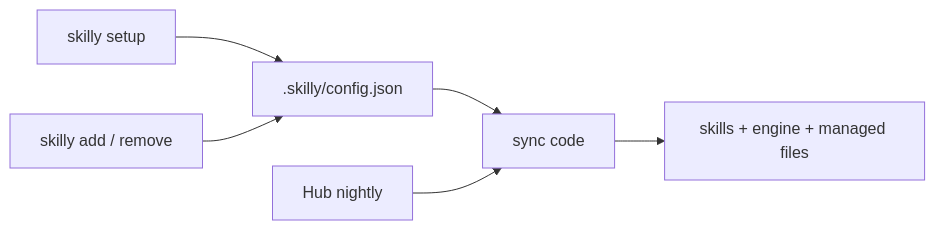
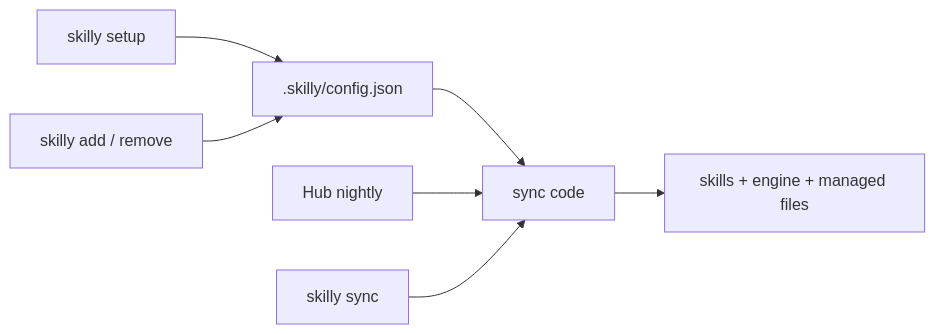
Before and after one commit to timschoch/skilly: the fourth of 5 diagrams in docs/adr/0008-hub-run-sync-and-pinned-engine.md, drawn with Mermaid. The commit also changed 4 other files, not shown here.

Commit message:
docs: add flow diagrams to the dev process, bundles and ADRs

````diff
--- a/docs/adr/0008-hub-run-sync-and-pinned-engine.md
+++ b/docs/adr/0008-hub-run-sync-and-pinned-engine.md
@@ -139,8 +139,9 @@
 ```mermaid
 flowchart LR
   setup[skilly setup] --> config[".skilly/config.json"]
   add[skilly add / remove] --> config
   config --> sync[sync code]
   nightly[Hub nightly] --> sync
+  local[skilly sync] --> sync
   sync --> files["skills + engine + managed files"]
 ```
````
